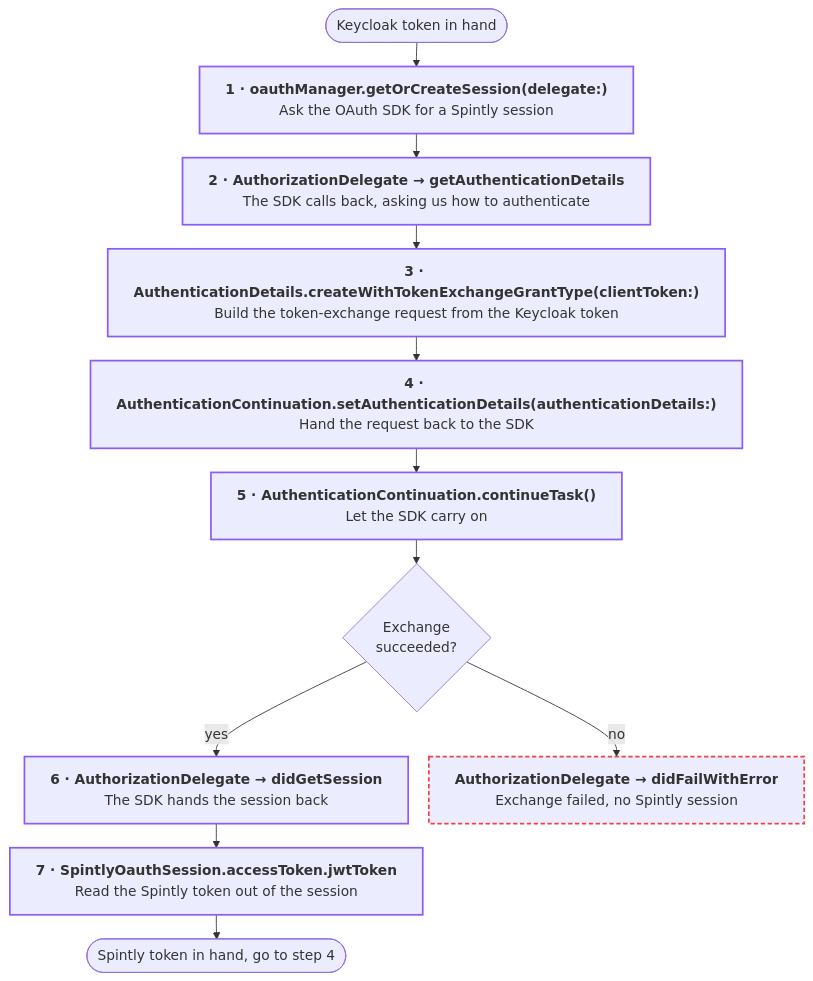
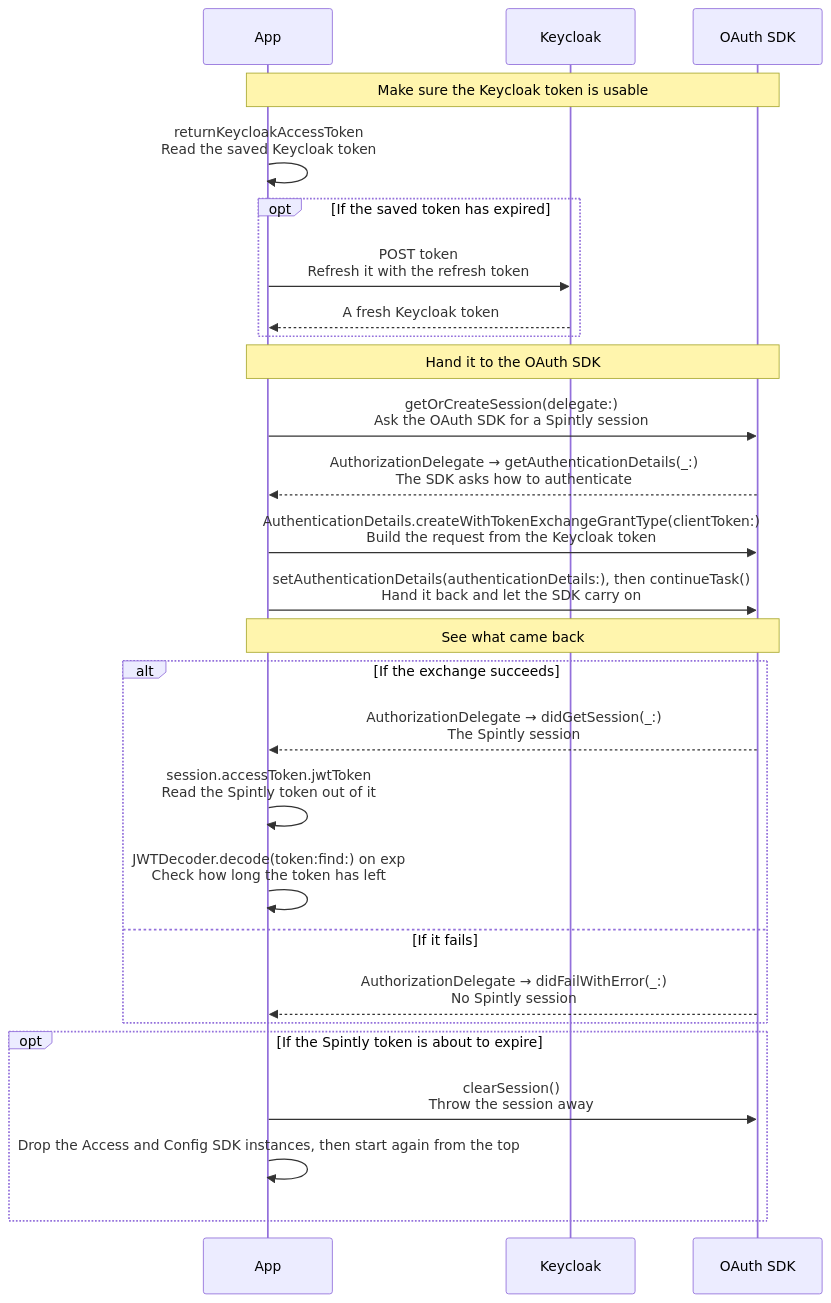
One commit to Yash-Wadatkar-Binaryveda/sdk-docs-site changed the eighth of 15 diagrams in docs/user-onboarding.md. Above: the diagram before and after it, drawn with Mermaid. The commit also changed other lines of this file and 7 other files, not shown here.

````diff
--- a/docs/user-onboarding.md
+++ b/docs/user-onboarding.md
@@ -133,20 +346,32 @@
     ```mermaid
-    %%{init:{"flowchart":{"wrappingWidth":570,"nodeSpacing":24,"rankSpacing":28}}}%%
-    flowchart TD
-        S(["Keycloak token in hand"]) --> N1
-        N1["<b>1 · oauthManager.getOrCreateSession(delegate:)</b><br/>Ask the OAuth SDK for a Spintly session"]
-        N1 --> N2["<b>2 · AuthorizationDelegate → getAuthenticationDetails</b><br/>The SDK calls back, asking us how to authenticate"]
-        N2 --> N3["<b>3 · AuthenticationDetails.createWithTokenExchangeGrantType(clientToken:)</b><br/>Build the token-exchange request from the Keycloak token"]
-        N3 --> N4["<b>4 · AuthenticationContinuation.setAuthenticationDetails(authenticationDetails:)</b><br/>Hand the request back to the SDK"]
-        N4 --> N5["<b>5 · AuthenticationContinuation.continueTask()</b><br/>Let the SDK carry on"]
-        N5 --> D{"Exchange<br/>succeeded?"}
-        D -->|yes| N6["<b>6 · AuthorizationDelegate → didGetSession</b><br/>The SDK hands the session back"]
-        D -->|no| F["<b>AuthorizationDelegate → didFailWithError</b><br/>Exchange failed, no Spintly session"]
-        N6 --> N7["<b>7 · SpintlyOauthSession.accessToken.jwtToken</b><br/>Read the Spintly token out of the session"]
-        N7 --> E(["Spintly token in hand, go to step 4"])
+    sequenceDiagram
+        participant A as App
+        participant K as Keycloak
+        participant O as OAuth SDK
 
-        classDef sdkOauth stroke:#8b5cf6,stroke-width:2px
-        classDef fail stroke:#ef4444,stroke-width:2px,stroke-dasharray:5 3
-        class N1,N2,N3,N4,N5,N6,N7 sdkOauth
-        class F fail
+        Note over A,O: Make sure the Keycloak token is usable
+        A->>A: returnKeycloakAccessToken<br/>Read the saved Keycloak token
+        opt If the saved token has expired
+            A->>K: POST token<br/>Refresh it with the refresh token
+            K-->>A: A fresh Keycloak token
+        end
+
+        Note over A,O: Hand it to the OAuth SDK
+        A->>O: getOrCreateSession(delegate:)<br/>Ask the OAuth SDK for a Spintly session
+        O-->>A: AuthorizationDelegate → getAuthenticationDetails(_:)<br/>The SDK asks how to authenticate
+        A->>O: AuthenticationDetails.createWithTokenExchangeGrantType(clientToken:)<br/>Build the request from the Keycloak token
+        A->>O: setAuthenticationDetails(authenticationDetails:), then continueTask()<br/>Hand it back and let the SDK carry on
+
+        Note over A,O: See what came back
+        alt If the exchange succeeds
+            O-->>A: AuthorizationDelegate → didGetSession(_:)<br/>The Spintly session
+            A->>A: session.accessToken.jwtToken<br/>Read the Spintly token out of it
+            A->>A: JWTDecoder.decode(token:find:) on exp<br/>Check how long the token has left
+        else If it fails
+            O-->>A: AuthorizationDelegate → didFailWithError(_:)<br/>No Spintly session
+        end
+        opt If the Spintly token is about to expire
+            A->>O: clearSession()<br/>Throw the session away
+            A->>A: Drop the Access and Config SDK instances, then start again from the top
+        end
     ```
````
